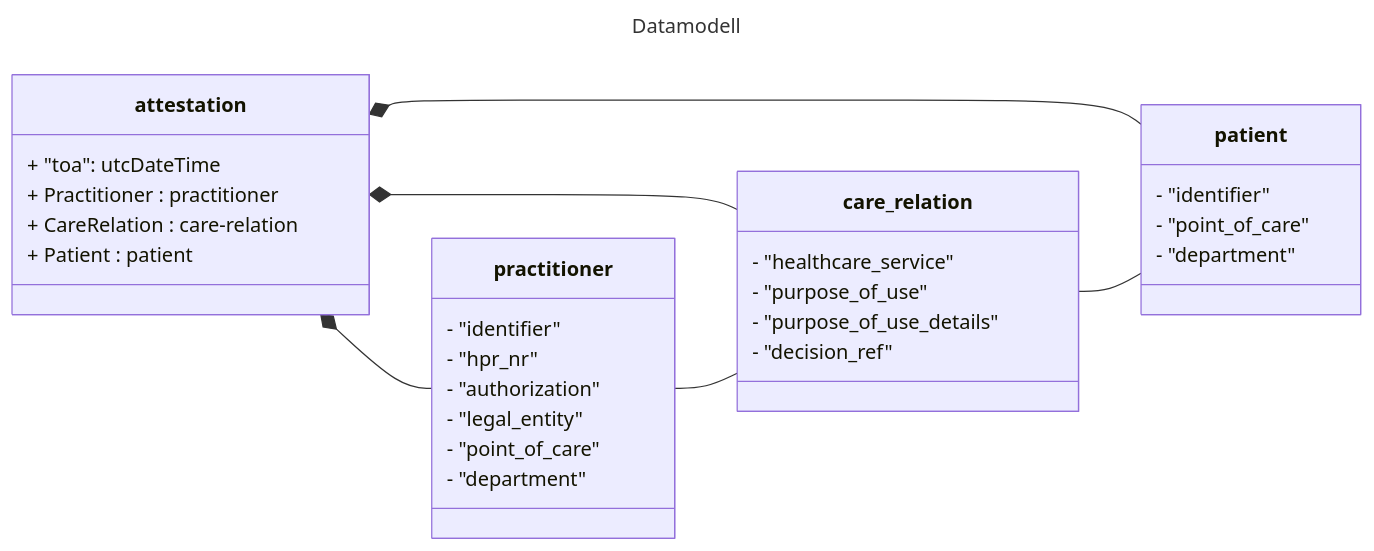
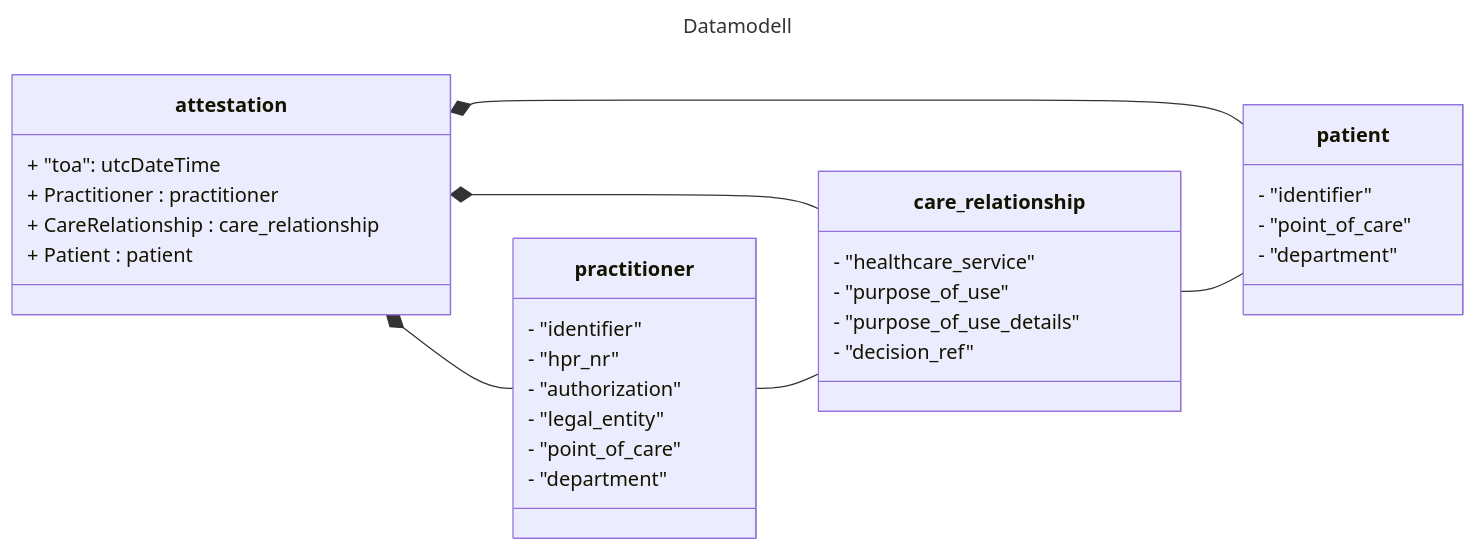
Before and after one commit to NorskHelsenett/Tillitsrammeverk: the second of 3 diagrams in specs/informasjons_og_datamodell.md, drawn with Mermaid. The commit also changed other lines of this file and 1 other file, not shown here.

First line of the commit message:
Korrigere `care_relation` til `care_relationship`

````diff
--- a/specs/informasjons_og_datamodell.md
+++ b/specs/informasjons_og_datamodell.md
@@ -225,50 +225,50 @@
 ```mermaid
 ---
 title: Datamodell
 ---
 classDiagram
 
 	class Attestation["attestation"]{
 		+ "toa": utcDateTime
 		+ Practitioner : practitioner
-		+ CareRelation : care-relation
+		+ CareRelationship : care_relationship
 		+ Patient : patient
 	}
 
 	class Practitioner["practitioner"] {
 		- "identifier"
 		- "hpr_nr"
 		- "authorization"
 		- "legal_entity"
 		- "point_of_care"
 		- "department"
 	}
 		
-	class CareRelation["care_relation"] {
+	class CareRelationship["care_relationship"] {
 		- "healthcare_service"
 		- "purpose_of_use"
 		- "purpose_of_use_details"
 		- "decision_ref"
 	}
 	
 	class Patient["patient"]{
 		- "identifier"
 		- "point_of_care"
 		- "department"
 	}	
 
 
 direction TD
 	Attestation *-- Practitioner
-	Attestation *-- CareRelation
+	Attestation *-- CareRelationship
 	Attestation *-- Patient
 
 direction LR
-	Practitioner -- CareRelation
-	CareRelation -- Patient
+	Practitioner -- CareRelationship
+	CareRelationship -- Patient
 
 
 
 	
 		
 ```
````
